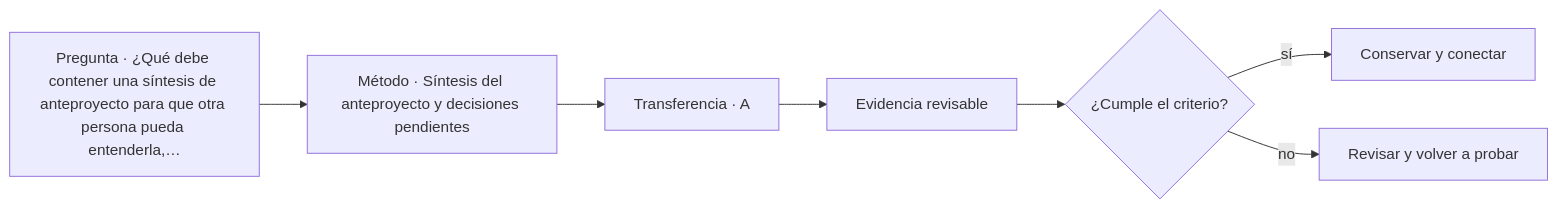
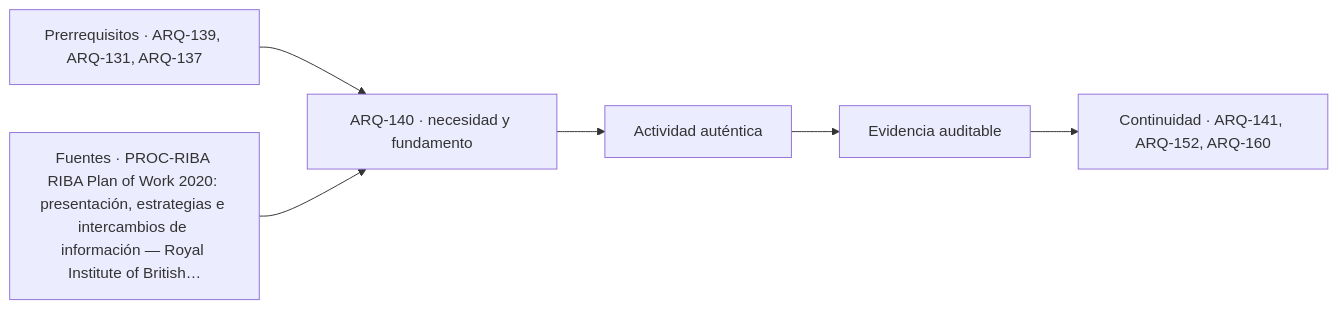
One commit to vladimiracunadev-create/architecture-built-environment-learning-program changed the diagram in classes/parte-14/ARQ-140.md. Above: the diagram before and after it, drawn with Mermaid. The commit also changed other lines of this file and 761 other files, not shown here.

````diff
--- a/classes/parte-14/ARQ-140.md
+++ b/classes/parte-14/ARQ-140.md
@@ -108,9 +120,8 @@
 ```mermaid
 flowchart LR
-    Q["Pregunta · ¿Qué debe contener una síntesis de anteproyecto para que otra persona pueda entenderla,…"] --> M["Método · Síntesis del anteproyecto y decisiones pendientes"]
-    M --> P["Transferencia · A"]
-    P --> E["Evidencia revisable"]
-    E --> C{"¿Cumple el criterio?"}
-    C -->|sí| T["Conservar y conectar"]
-    C -->|no| R["Revisar y volver a probar"]
+    A["Prerrequisitos · ARQ-139, ARQ-131, ARQ-137"] --> B["ARQ-140 · necesidad y fundamento"]
+    S["Fuentes · PROC-RIBA RIBA Plan of Work 2020: presentación, estrategias e intercambios de información — Royal Institute of British…"] --> B
+    B --> C["Actividad auténtica"]
+    C --> D["Evidencia auditable"]
+    D --> E["Continuidad · ARQ-141, ARQ-152, ARQ-160"]
 ```
````
